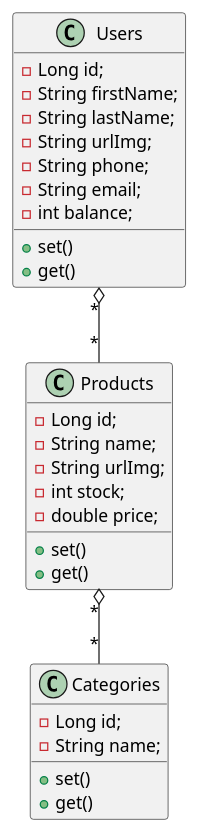
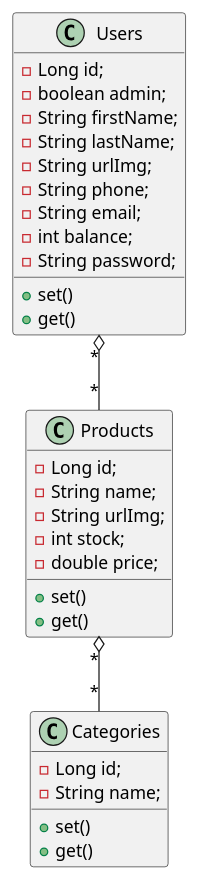
One commit to tito1959/MisionTic2022-Ciclo3-E-Commerce changed the diagram in doc/logic.puml. Above: the diagram before and after it, drawn with PlantUML. The commit also changed 3 other files, not shown here.

```diff
--- a/doc/logic.puml
+++ b/doc/logic.puml
@@ -1,41 +1,43 @@
 @startuml
 
 class Products {
 
     - Long id;
     - String name;
     - String urlImg;
     - int stock;
     - double price;
 
     + set()
     + get()
 }
 
 class Users {
 
     - Long id;
+    - boolean admin;
     - String firstName;
     - String lastName;
     - String urlImg;
     - String phone;
     - String email;
     - int balance;
+    - String password;
 
     + set()
     + get()
 }
 
 class Categories {
 
     - Long id;
     - String name;
 
     + set()
     + get()
 }
 
  Products "*" o-- "*" Categories
  Users "*" o-- "*" Products
 
 @enduml
```
